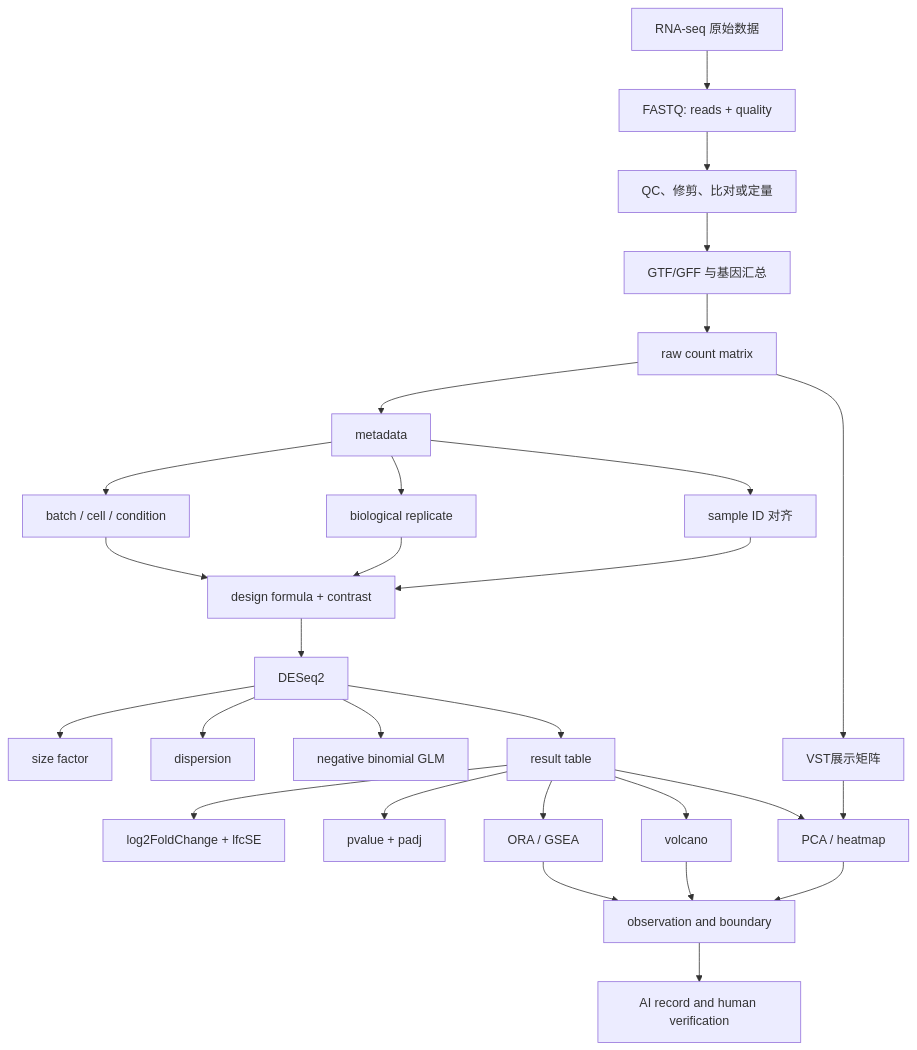
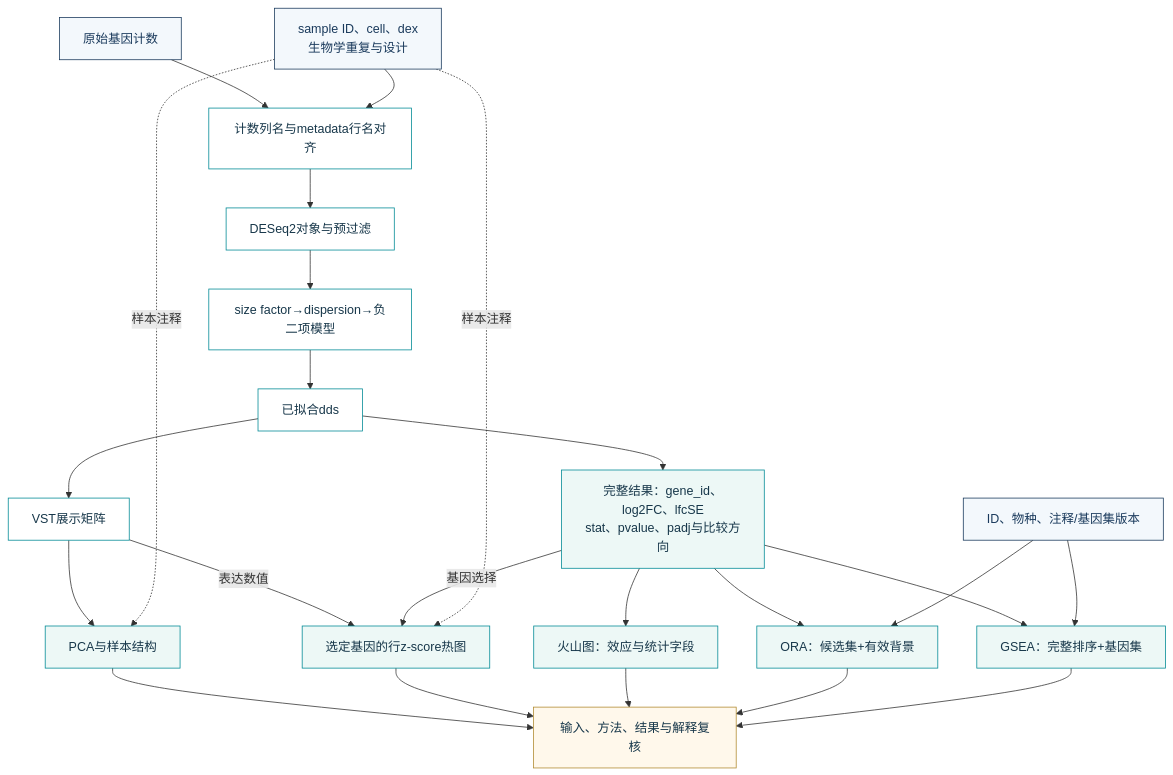
The second of 2 diagrams in docs/chapters/chapter-12/index.md (luvega/AI_MED_DataVis), drawn with Mermaid before and after one commit. The commit also changed other lines of this file and 30 other files, not shown here.

Commit message:
Redraw textbook diagrams and correct data-flow relationships

````diff
--- a/docs/chapters/chapter-12/index.md
+++ b/docs/chapters/chapter-12/index.md
@@ -732,30 +748,34 @@
 ```mermaid
 flowchart TB
-  A["RNA-seq 原始数据"] --> A1["FASTQ: reads + quality"]
-  A1 --> A2["QC、修剪、比对或定量"]
-  A2 --> A3["GTF/GFF 与基因汇总"]
-  A3 --> B["raw count matrix"]
-  B --> C["metadata"]
-  C --> C1["sample ID 对齐"]
-  C --> C2["biological replicate"]
-  C --> C3["batch / cell / condition"]
-  C1 --> D["design formula + contrast"]
-  C2 --> D
-  C3 --> D
-  D --> E["DESeq2"]
-  E --> E1["size factor"]
-  E --> E2["dispersion"]
-  E --> E3["negative binomial GLM"]
-  E --> F["result table"]
-  F --> F1["log2FoldChange + lfcSE"]
-  F --> F2["pvalue + padj"]
-  B --> V["VST展示矩阵"]
-  V --> G["PCA / heatmap"]
-  F --> G1["volcano"]
-  F --> G
-  F --> H["ORA / GSEA"]
-  G --> I["observation and boundary"]
-  G1 --> I
-  H --> I
-  I --> J["AI record and human verification"]
+  C["原始基因计数"] --> A["计数列名与metadata行名对齐"]
+  M["sample ID、cell、dex<br/>生物学重复与设计"] --> A
+  A --> D["DESeq2对象与预过滤"]
+  D --> F["size factor→dispersion→负二项模型"]
+  F --> FD["已拟合dds"]
+  FD --> R["完整结果：gene_id、log2FC、lfcSE<br/>stat、pvalue、padj与比较方向"]
+  FD --> V["VST展示矩阵"]
+  V --> P["PCA与样本结构"]
+  V -->|表达数值| H["选定基因的行z-score热图"]
+  R -->|基因选择| H
+  R --> W["火山图：效应与统计字段"]
+  R --> O["ORA：候选集+有效背景"]
+  R --> G["GSEA：完整排序+基因集"]
+  DB["ID、物种、注释/基因集版本"] --> O
+  DB --> G
+  M -. "样本注释" .-> P
+  M -. "样本注释" .-> H
+  P --> E["输入、方法、结果与解释复核"]
+  H --> E
+  W --> E
+  O --> E
+  G --> E
+  class C,M,DB input;
+  class A,D,F,FD,V process;
+  class R,P,H,W,O,G result;
+  class E review;
+
+  classDef input fill:#F3F8FC,stroke:#1A3A5C,color:#1A3A5C;
+  classDef process fill:#FFFFFF,stroke:#008A95,color:#17374A;
+  classDef result fill:#EDF8F6,stroke:#008A95,color:#17374A;
+  classDef review fill:#FFF8EB,stroke:#B18B31,color:#17374A;
 ```
````
